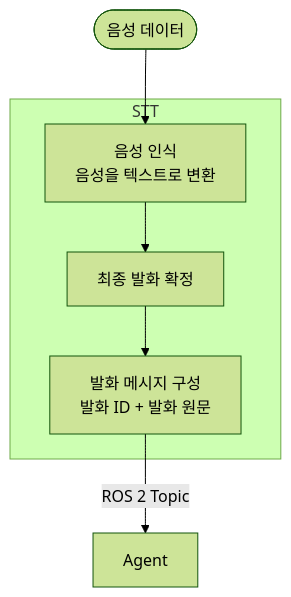
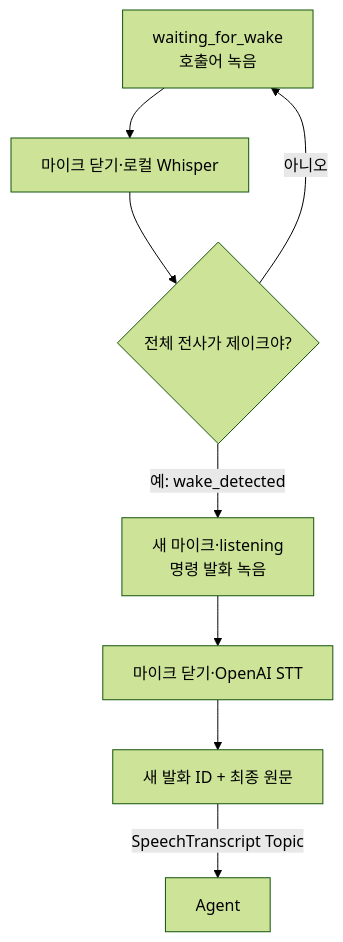
The diagram in malbut_stt/docs/stt_agent.md (SWM-malbut/malbut), drawn with Mermaid (forest theme) before and after one commit. The commit also changed other lines of this file and 18 other files, not shown here.

````diff
--- a/malbut_stt/docs/stt_agent.md
+++ b/malbut_stt/docs/stt_agent.md
@@ -2,14 +9,10 @@
 ```mermaid
 flowchart TD
-    IN(["음성 데이터"]) --> R
-
-    subgraph STT["STT"]
-        R["음성 인식<br/>음성을 텍스트로 변환"]
-        F["최종 발화 확정"]
-        P["발화 메시지 구성<br/>발화 ID + 발화 원문"]
-
-        R --> F --> P
-    end
-
-    P -->|"ROS 2 Topic"| A["Agent"]
+    W["waiting_for_wake<br/>호출어 녹음"] --> C["마이크 닫기·로컬 Whisper"]
+    C --> M{"전체 전사가 제이크야?"}
+    M -->|"아니오"| W
+    M -->|"예: wake_detected"| R["새 마이크·listening<br/>명령 발화 녹음"]
+    R --> O["마이크 닫기·OpenAI STT"]
+    O --> P["새 발화 ID + 최종 원문"]
+    P -->|"SpeechTranscript Topic"| A["Agent"]
 ```
````
